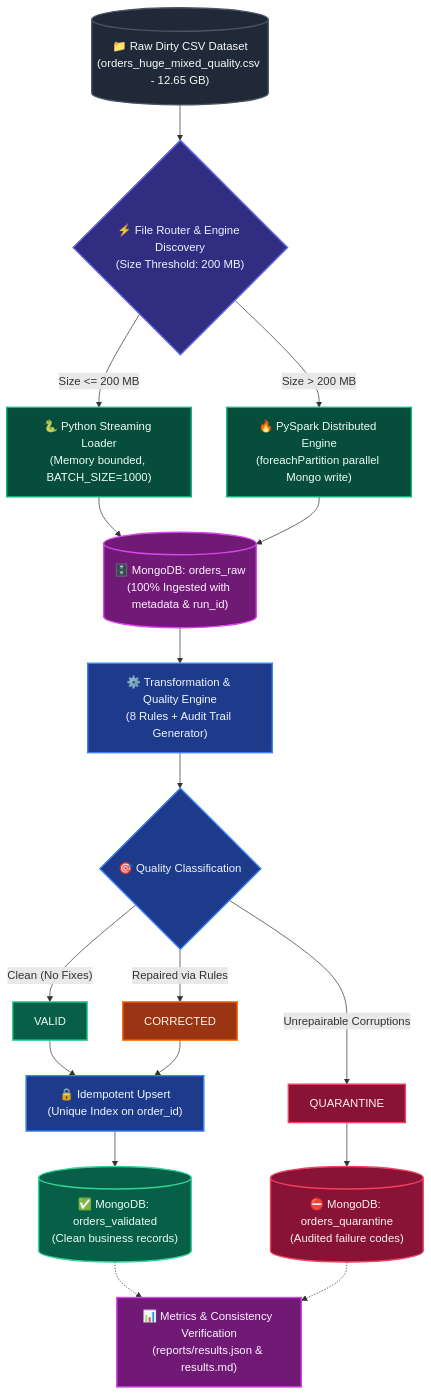
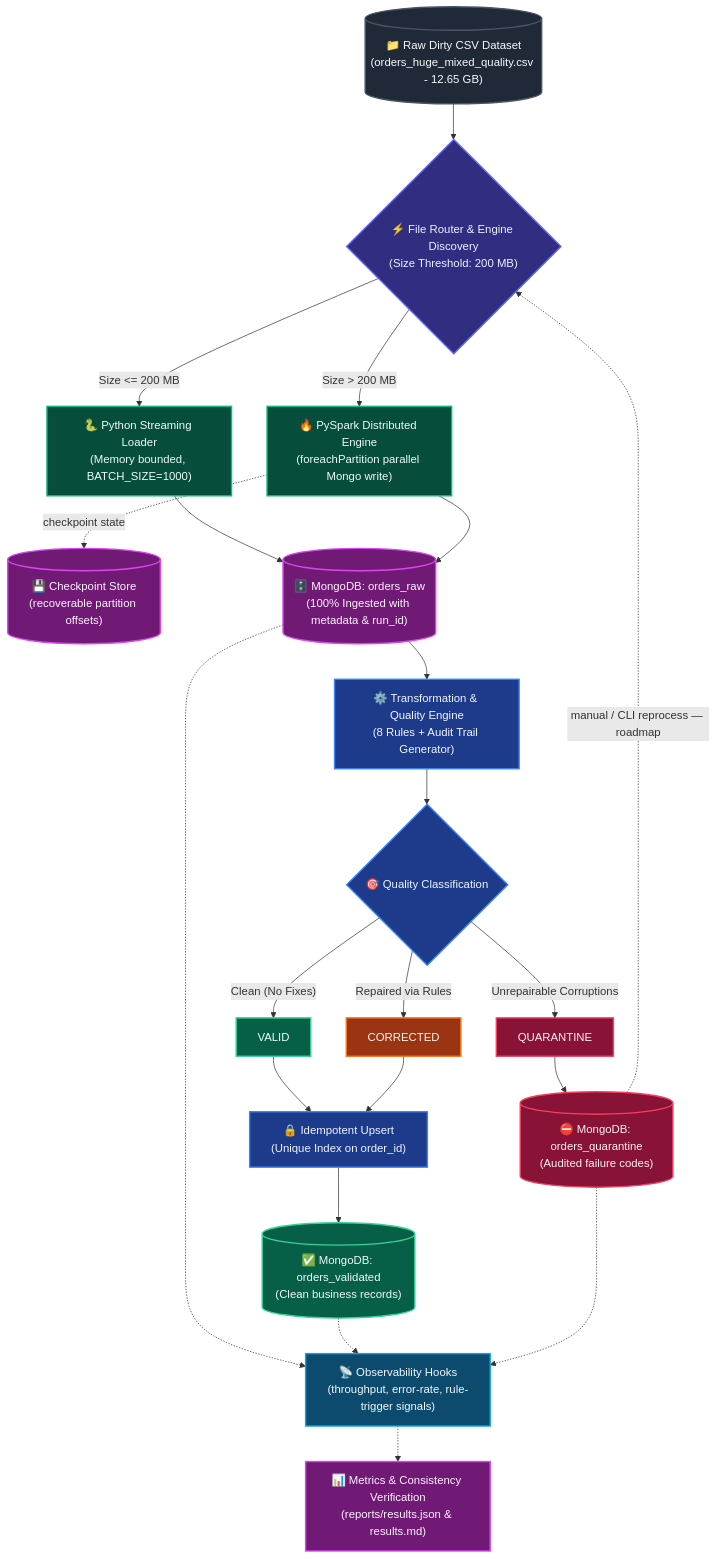
The diagram in README.md (mushtaqalfaqih/BigData-Midterm-Pipeline), drawn with Mermaid before and after one commit. The commit also changed other lines of this file, not shown here.

````diff
--- a/README.md
+++ b/README.md
@@ -55,39 +91,47 @@
 ```mermaid
 flowchart TD
     classDef input fill:#1F2937,stroke:#4B5563,stroke-width:2px,color:#F9FAFB;
     classDef router fill:#312E81,stroke:#6366F1,stroke-width:2px,color:#EEF2FF;
     classDef engine fill:#064E3B,stroke:#10B981,stroke-width:2px,color:#ECFDF5;
     classDef storage fill:#701A75,stroke:#D946EF,stroke-width:2px,color:#FDF4FF;
     classDef process fill:#1E3A8A,stroke:#3B82F6,stroke-width:2px,color:#EFF6FF;
     classDef valid fill:#065F46,stroke:#34D399,stroke-width:2px,color:#ECFDF5;
     classDef warn fill:#9A3412,stroke:#F97316,stroke-width:2px,color:#FFF7ED;
     classDef err fill:#881337,stroke:#F43F5E,stroke-width:2px,color:#FFF1F2;
+    classDef obs fill:#0C4A6E,stroke:#0EA5E9,stroke-width:2px,color:#F0F9FF;
 
     CSV[("📁 Raw Dirty CSV Dataset<br>(orders_huge_mixed_quality.csv - 12.65 GB)")]:::input
     ROUTER{"⚡ File Router & Engine Discovery<br>(Size Threshold: 200 MB)"}:::router
 
     CSV --> ROUTER
 
     ROUTER -->|Size <= 200 MB| PB["🐍 Python Streaming Loader<br>(Memory bounded, BATCH_SIZE=1000)"]:::engine
     ROUTER -->|Size > 200 MB| PS["🔥 PySpark Distributed Engine<br>(foreachPartition parallel Mongo write)"]:::engine
+
+    PS -.checkpoint state.-> CKPT[("💾 Checkpoint Store<br>(recoverable partition offsets)")]:::storage
 
     PB --> RAW[("🗄️ MongoDB: orders_raw<br>(100% Ingested with metadata & run_id)")]:::storage
     PS --> RAW
 
     RAW --> TRANS["⚙️ Transformation & Quality Engine<br>(8 Rules + Audit Trail Generator)"]:::process
 
     TRANS --> CLASS{"🎯 Quality Classification"}:::process
 
     CLASS -->|"Clean (No Fixes)"| VAL1["VALID"]:::valid
     CLASS -->|"Repaired via Rules"| VAL2["CORRECTED"]:::warn
     CLASS -->|"Unrepairable Corruptions"| QUAR["QUARANTINE"]:::err
 
     VAL1 --> UPSERT["🔒 Idempotent Upsert<br>(Unique Index on order_id)"]:::process
     VAL2 --> UPSERT
 
     UPSERT --> MVAL[("✅ MongoDB: orders_validated<br>(Clean business records)")]:::valid
     QUAR --> MQUAR[("⛔ MongoDB: orders_quarantine<br>(Audited failure codes)")]:::err
 
-    MVAL -.-> METRICS["📊 Metrics & Consistency Verification<br>(reports/results.json & results.md)"]:::storage
-    MQUAR -.-> METRICS
+    MQUAR -.manual / CLI reprocess — roadmap.-> ROUTER
+
+    RAW -.-> MONITOR["📡 Observability Hooks<br>(throughput, error-rate, rule-trigger signals)"]:::obs
+    MVAL -.-> MONITOR
+    MQUAR -.-> MONITOR
+
+    MONITOR -.-> METRICS["📊 Metrics & Consistency Verification<br>(reports/results.json & results.md)"]:::storage
 ```
````
